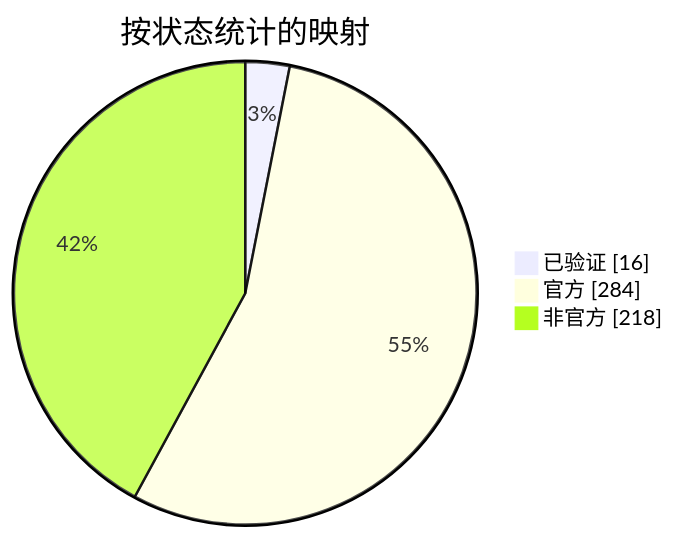
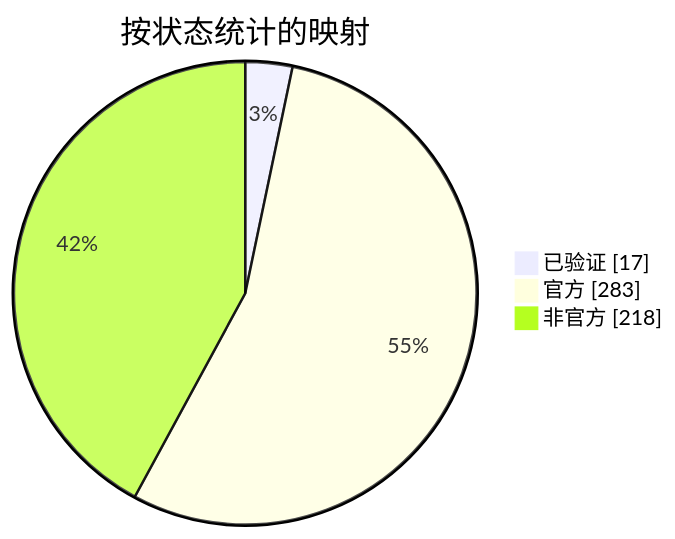
Before and after one commit to nobrega8/mbmap-library: the diagram in docs/readme/README_ZHS.md, drawn with Mermaid. The commit also changed 5 other files, not shown here.

````diff
--- a/docs/readme/README_ZHS.md
+++ b/docs/readme/README_ZHS.md
@@ -54,7 +54,7 @@
 ```mermaid
 pie showData
     title 按状态统计的映射
-    "已验证" : 16
-    "官方" : 284
+    "已验证" : 17
+    "官方" : 283
     "非官方" : 218
 ```
````
